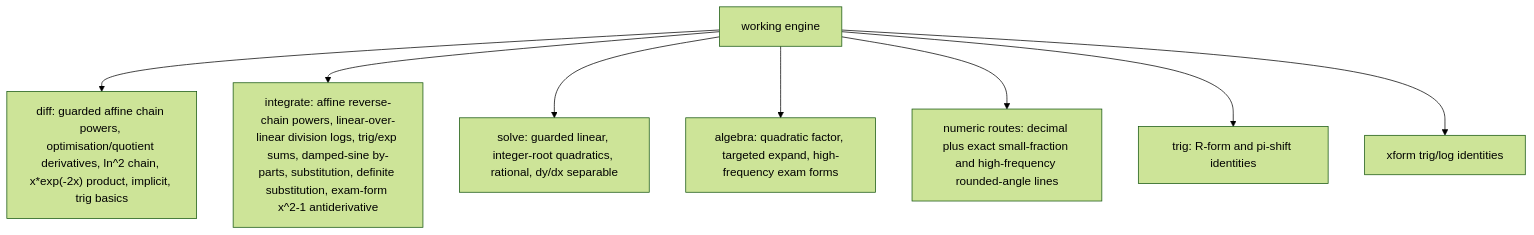
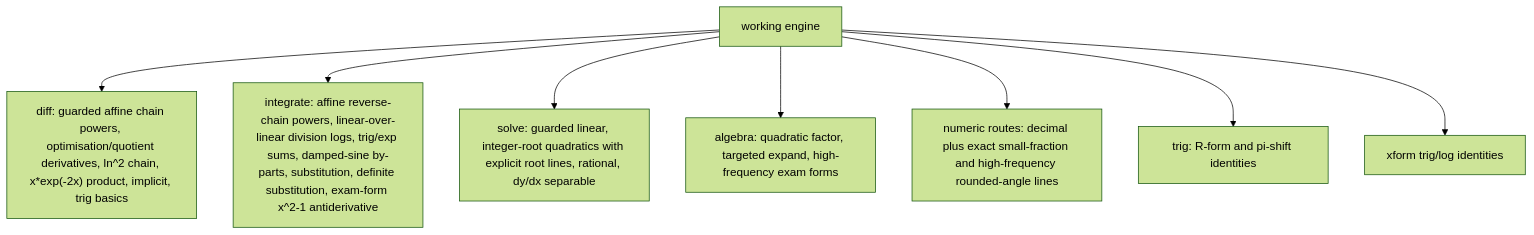
The third of 6 diagrams in docs/GRAPH.md (james8464/notes-addin-casio-fx-cg50), drawn with Mermaid (forest theme) before and after one commit. The commit also changed other lines of this file and 3 other files, not shown here.

Commit message:
feat: add explicit quadratic root lines

````diff
--- a/docs/GRAPH.md
+++ b/docs/GRAPH.md
@@ -36,10 +36,10 @@
 ```mermaid
 graph TD
   Work["working engine"] --> Diff["diff: guarded affine chain powers, optimisation/quotient derivatives, ln^2 chain, x*exp(-2x) product, implicit, trig basics"]
   Work --> Int["integrate: affine reverse-chain powers, linear-over-linear division logs, trig/exp sums, damped-sine by-parts, substitution, definite substitution, exam-form x^2-1 antiderivative"]
-  Work --> Solve["solve: guarded linear, integer-root quadratics, rational, dy/dx separable"]
+  Work --> Solve["solve: guarded linear, integer-root quadratics with explicit root lines, rational, dy/dx separable"]
   Work --> Alg["algebra: quadratic factor, targeted expand, high-frequency exam forms"]
   Work --> Num["numeric routes: decimal plus exact small-fraction and high-frequency rounded-angle lines"]
   Work --> Trig["trig: R-form and pi-shift identities"]
   Work --> Xform["xform trig/log identities"]
 ```
````
